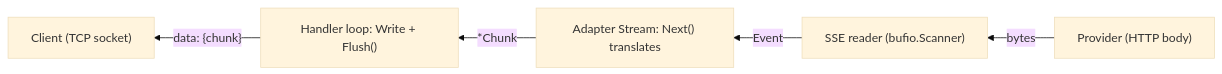
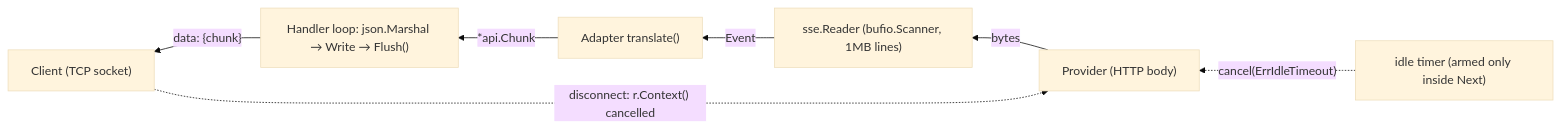
The third of 3 diagrams in architecture.md (tulasi-gamidi/model-router), drawn with Mermaid (base theme) before and after one commit. The commit also changed other lines of this file and 2 other files, not shown here.

Commit message:
docs: README, architecture and CLAUDE.md in sync with implementation

````diff
--- a/architecture.md
+++ b/architecture.md
@@ -76,7 +108,9 @@
 ```mermaid
 flowchart RL
-    P["Provider (HTTP body)"] -->|bytes| S["SSE reader (bufio.Scanner)"]
-    S -->|Event| A["Adapter Stream: Next() translates"]
-    A -->|"*Chunk"| H["Handler loop: Write + Flush()"]
+    P["Provider (HTTP body)"] -->|bytes| S["sse.Reader (bufio.Scanner, 1MB lines)"]
+    S -->|Event| A["Adapter translate()"]
+    A -->|"*api.Chunk"| H["Handler loop: json.Marshal → Write → Flush()"]
     H -->|"data: {chunk}"| C["Client (TCP socket)"]
+    C -. "disconnect: r.Context() cancelled" .-> P
+    T["idle timer (armed only inside Next)"] -. "cancel(ErrIdleTimeout)" .-> P
 ```
````
